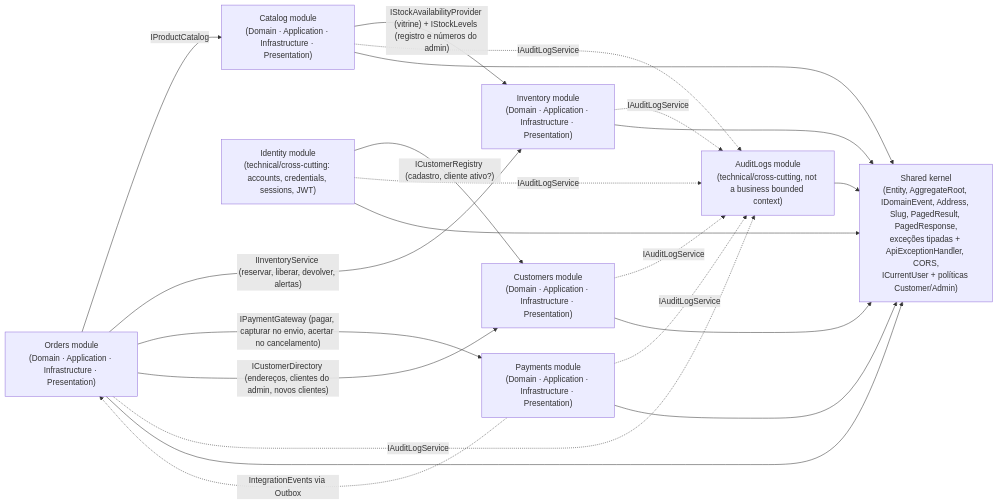
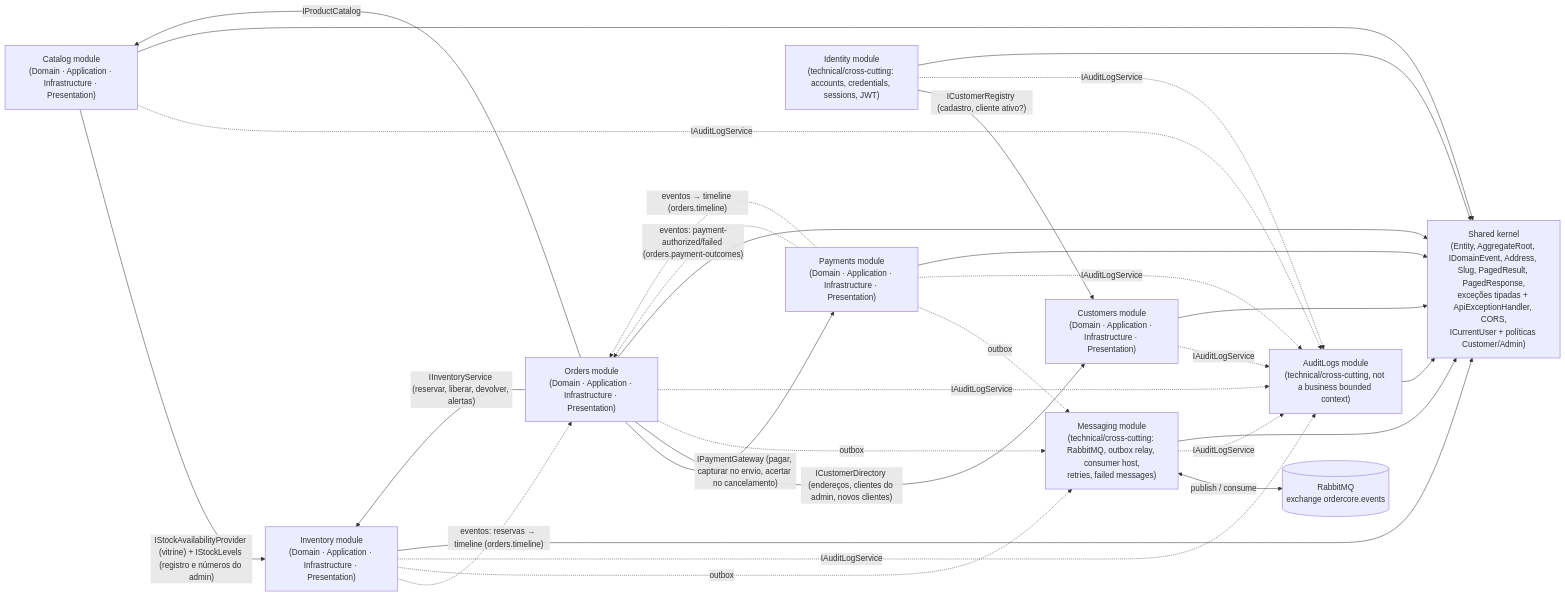
One commit to Leo-Slv/OrderCore changed the diagram in Docs/diagrams/implementation-class/00-overview.md. Above: the diagram before and after it, drawn with Mermaid. The commit also changed other lines of this file and 6 other files, not shown here.

First line of the commit message:
docs(diagrams): messaging module and the broker between modules

````diff
--- a/Docs/diagrams/implementation-class/00-overview.md
+++ b/Docs/diagrams/implementation-class/00-overview.md
@@ -5,33 +7,43 @@
 ```mermaid
 graph LR
     Customers["Customers module\n(Domain · Application · Infrastructure · Presentation)"]
     Catalog["Catalog module\n(Domain · Application · Infrastructure · Presentation)"]
     Inventory["Inventory module\n(Domain · Application · Infrastructure · Presentation)"]
     Orders["Orders module\n(Domain · Application · Infrastructure · Presentation)"]
     Payments["Payments module\n(Domain · Application · Infrastructure · Presentation)"]
     AuditLogs["AuditLogs module\n(technical/cross-cutting, not a business bounded context)"]
     Identity["Identity module\n(technical/cross-cutting: accounts, credentials, sessions, JWT)"]
+    Messaging["Messaging module\n(technical/cross-cutting: RabbitMQ, outbox relay, consumer host,\nretries, failed messages)"]
+    Broker[("RabbitMQ\nexchange ordercore.events")]
     Shared["Shared kernel\n(Entity, AggregateRoot, IDomainEvent, Address, Slug, PagedResult, PagedResponse,\nexceções tipadas + ApiExceptionHandler, CORS,\nICurrentUser + políticas Customer/Admin)"]
 
     Orders -->|IProductCatalog| Catalog
     Orders -->|"IInventoryService (reservar, liberar, devolver, alertas)"| Inventory
     Orders -->|"IPaymentGateway (pagar, capturar no envio, acertar no cancelamento)"| Payments
     Orders -->|"ICustomerDirectory (endereços, clientes do admin, novos clientes)"| Customers
     Catalog -->|"IStockAvailabilityProvider (vitrine) + IStockLevels (registro e números do admin)"| Inventory
-    Payments -.->|IntegrationEvents via Outbox| Orders
+    Payments -.->|"eventos: payment-authorized/failed (orders.payment-outcomes)"| Orders
+    Payments -.->|"eventos → timeline (orders.timeline)"| Orders
+    Inventory -.->|"eventos: reservas → timeline (orders.timeline)"| Orders
+    Payments -.->|outbox| Messaging
+    Orders -.->|outbox| Messaging
+    Inventory -.->|outbox| Messaging
+    Messaging <-->|publish / consume| Broker
+    Messaging -.->|IAuditLogService| AuditLogs
     Orders -.->|IAuditLogService| AuditLogs
     Payments -.->|IAuditLogService| AuditLogs
     Inventory -.->|IAuditLogService| AuditLogs
     Catalog -.->|IAuditLogService| AuditLogs
     Customers -.->|IAuditLogService| AuditLogs
     Identity -->|"ICustomerRegistry (cadastro, cliente ativo?)"| Customers
     Identity -.->|IAuditLogService| AuditLogs
 
     Customers --> Shared
     Catalog --> Shared
     Inventory --> Shared
     Orders --> Shared
     Payments --> Shared
     AuditLogs --> Shared
     Identity --> Shared
+    Messaging --> Shared
 ```
````
